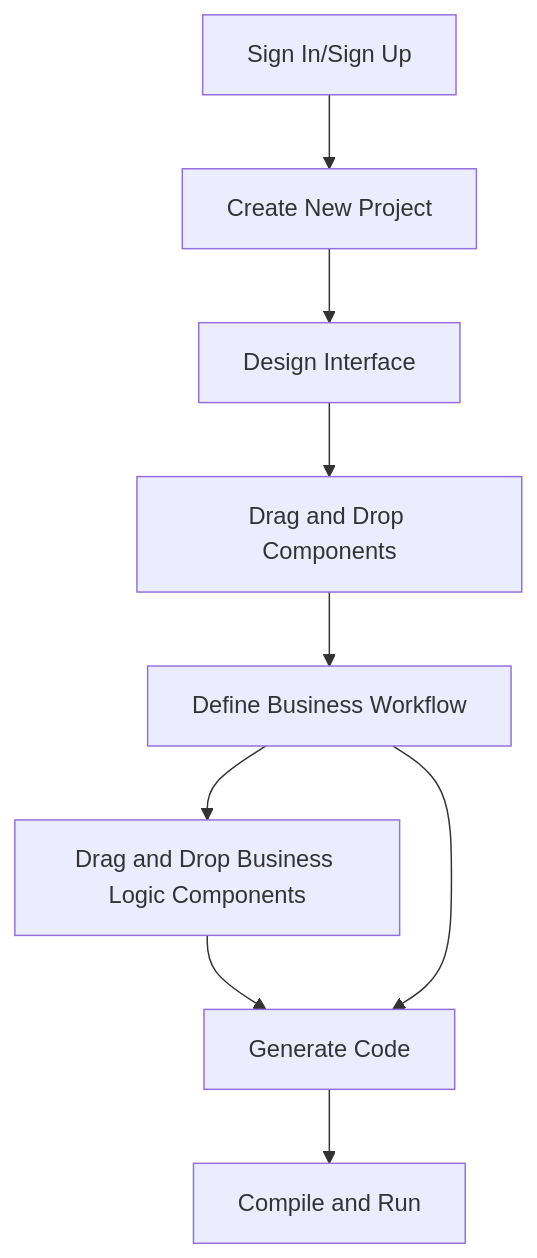
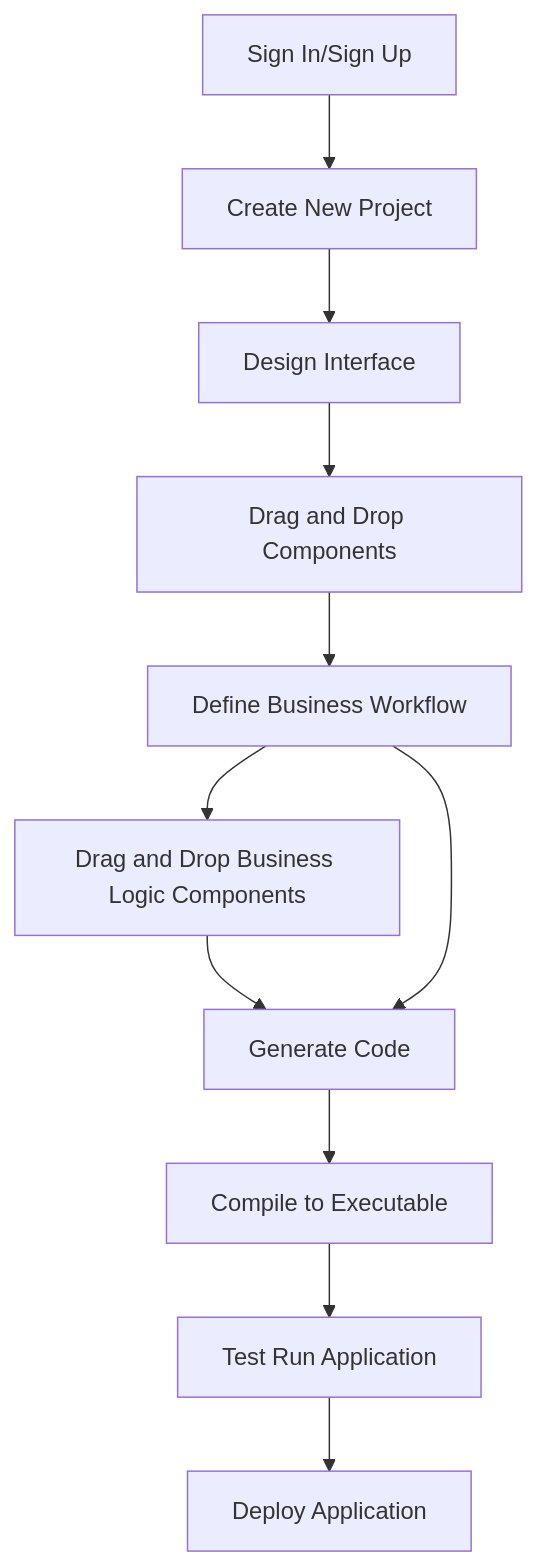
The first of 4 diagrams in documentation/research/system-design.md (nguyendhst/HK231-Specialized-Project), drawn with Mermaid before and after one commit. The commit also changed other lines of this file, not shown here.

````diff
--- a/documentation/research/system-design.md
+++ b/documentation/research/system-design.md
@@ -23,11 +21,13 @@
 ```mermaid
 graph TD;
    A[Sign In/Sign Up] --> B[Create New Project];
    B --> C[Design Interface];
    C --> C1[Drag and Drop Components];
    C1 --> D[Define Business Workflow];
    D --> D1[Drag and Drop Business Logic Components];
    D1 --> E[Generate Code];
    D --> E[Generate Code];
-   E --> F[Compile and Run];
+   E --> F[Compile to Executable];
+   F --> G[Test Run Application];
+   G --> H[Deploy Application];
 ```	
````
